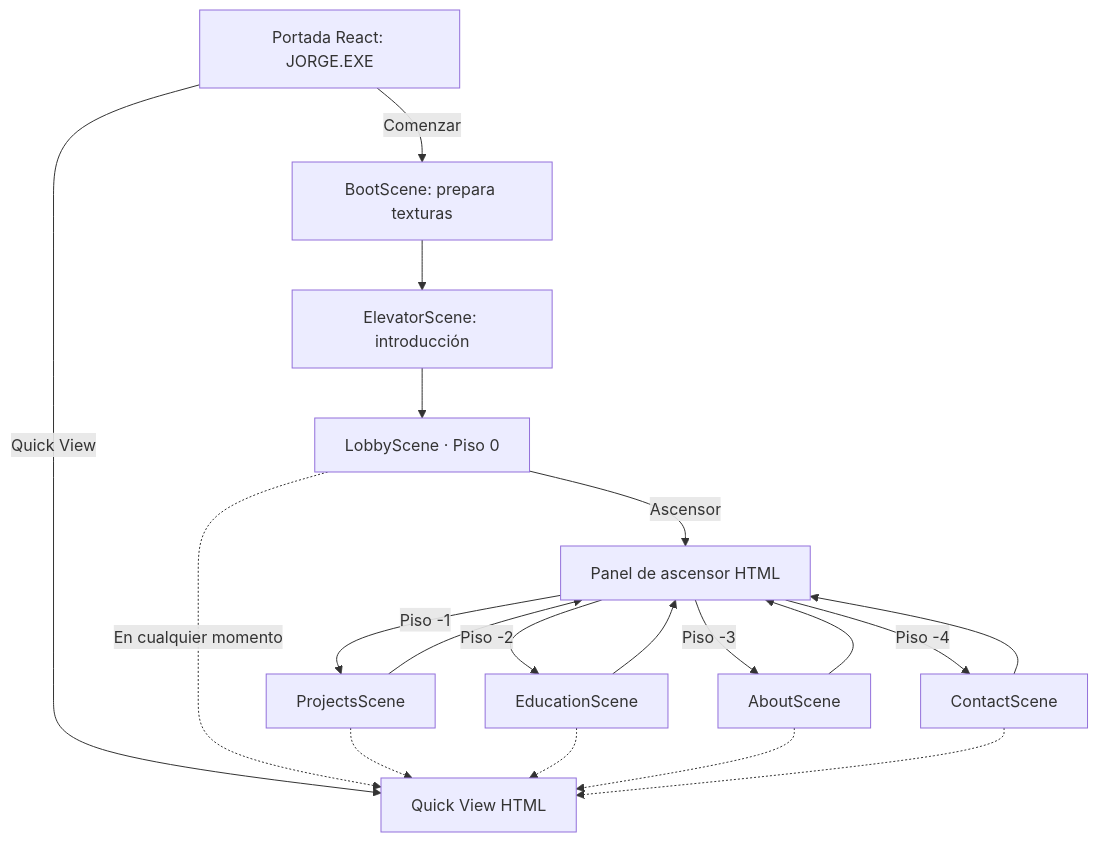
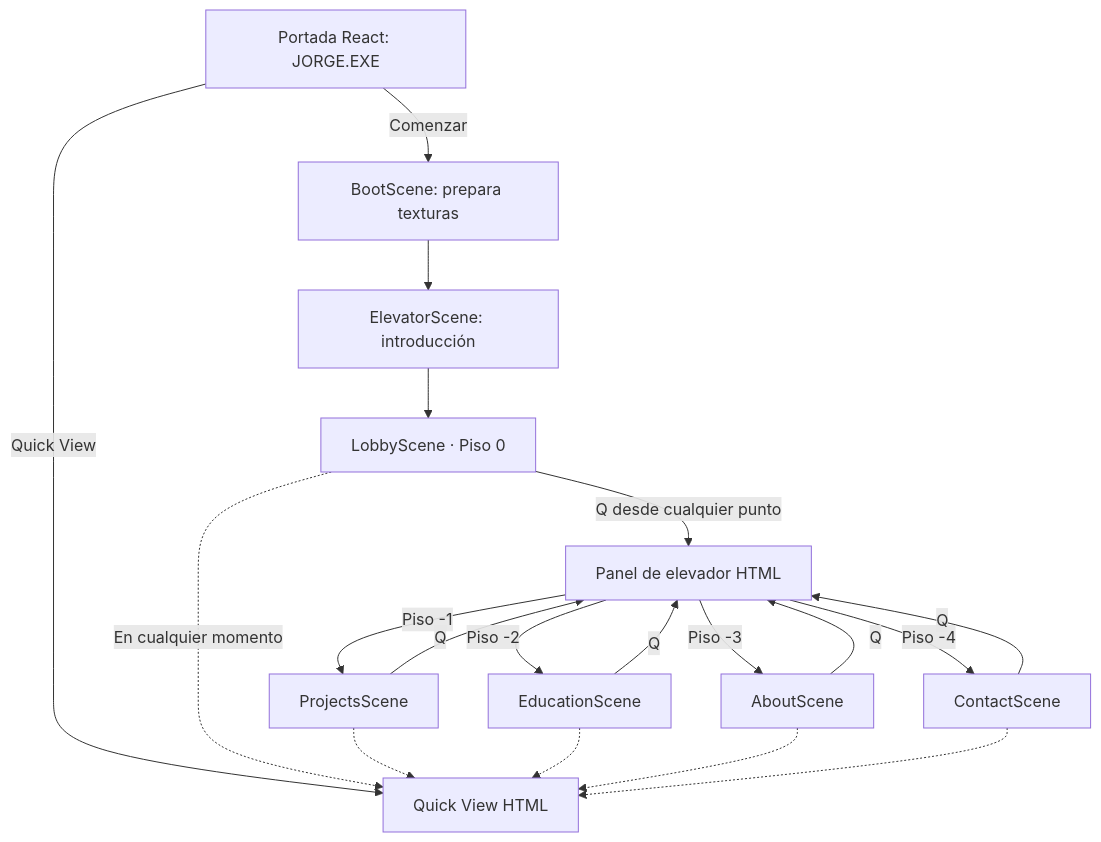
The first of 2 diagrams in docs/GAME_DESIGN_DOCUMENT.md (jorcolito/Portafolio), drawn with Mermaid before and after one commit. The commit also changed other lines of this file and 45 other files, not shown here.

````diff
--- a/docs/GAME_DESIGN_DOCUMENT.md
+++ b/docs/GAME_DESIGN_DOCUMENT.md
@@ -30,21 +29,21 @@
 ```mermaid
 flowchart TD
   A["Portada React: JORGE.EXE"] -->|Comenzar| B["BootScene: prepara texturas"]
   A -->|Quick View| Q["Quick View HTML"]
   B --> C["ElevatorScene: introducción"]
   C --> L["LobbyScene · Piso 0"]
-  L -->|Ascensor| E["Panel de ascensor HTML"]
+  L -->|Q desde cualquier punto| E["Panel de elevador HTML"]
   E -->|Piso -1| P["ProjectsScene"]
   E -->|Piso -2| D["EducationScene"]
   E -->|Piso -3| S["AboutScene"]
   E -->|Piso -4| T["ContactScene"]
-  P --> E
-  D --> E
-  S --> E
-  T --> E
+  P -->|Q| E
+  D -->|Q| E
+  S -->|Q| E
+  T -->|Q| E
   L -.->|En cualquier momento| Q
   P -.-> Q
   D -.-> Q
   S -.-> Q
   T -.-> Q
 ```
````
